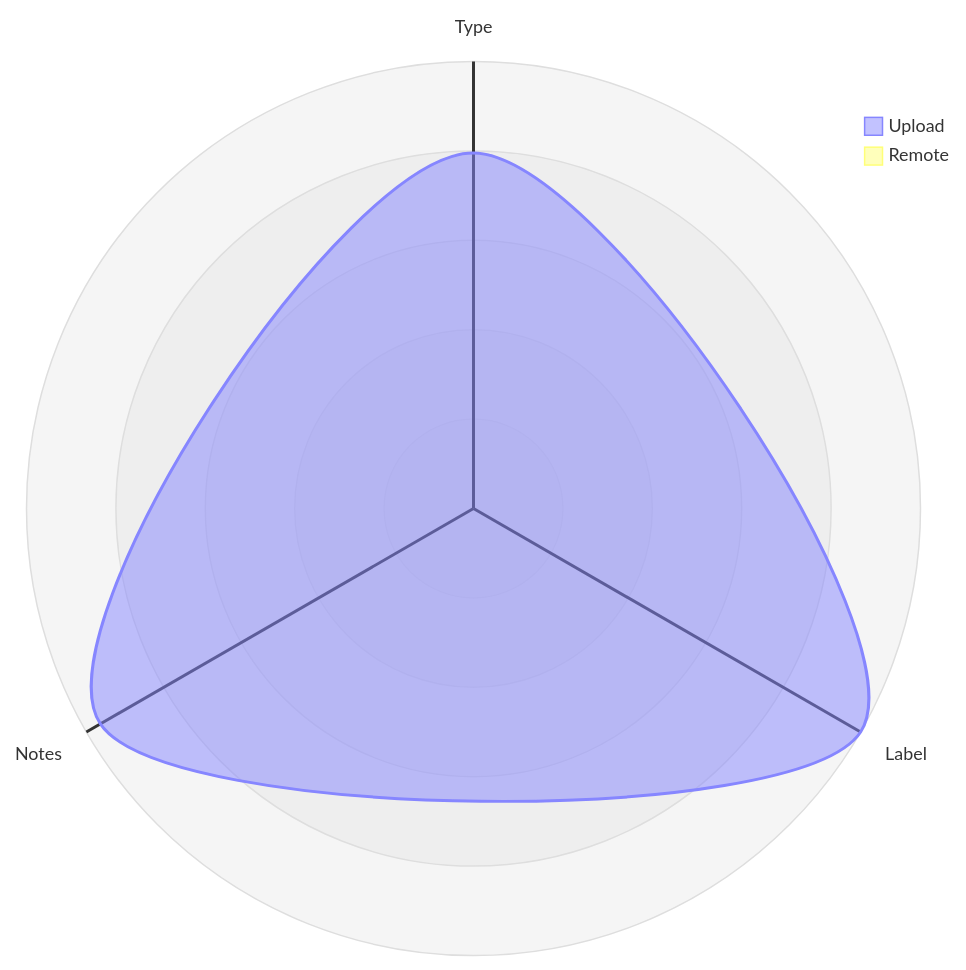
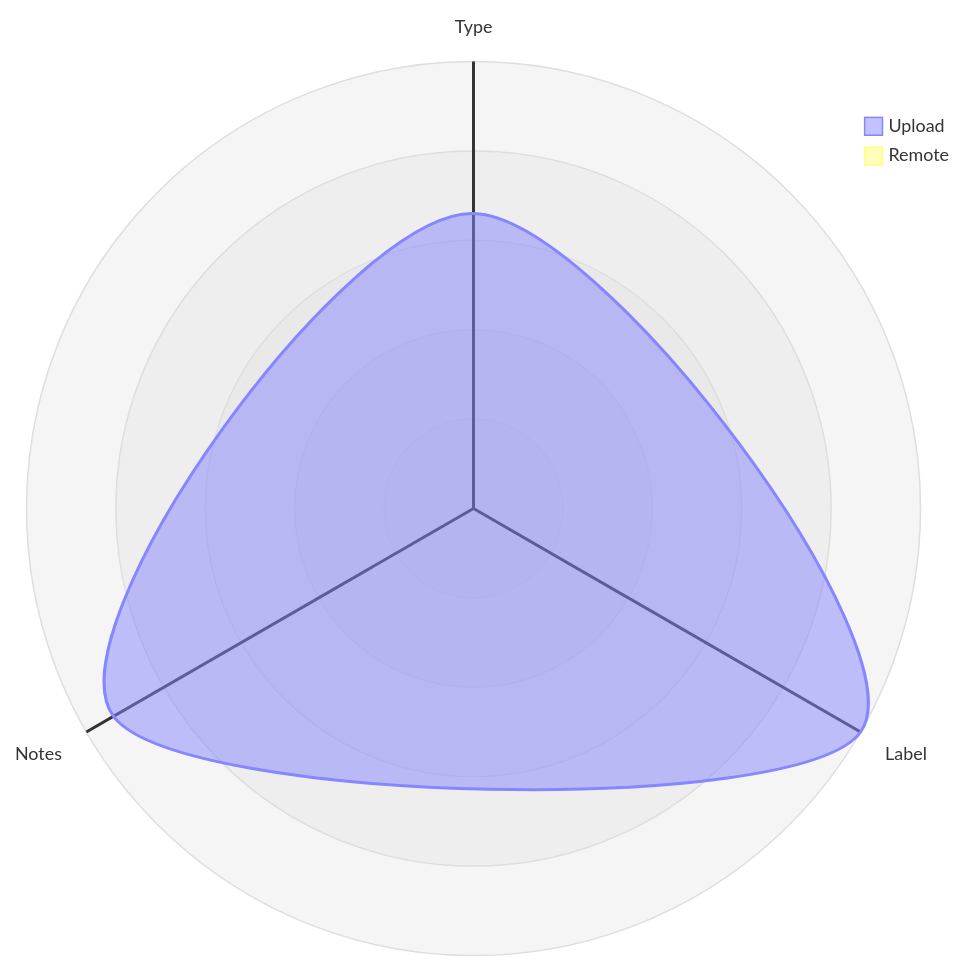
The third of 5 diagrams in datastore_tracker/README.md (open-data/analytics-corporate-reporting), drawn with Mermaid before and after one commit. The commit also changed other lines of this file and 15 other files, not shown here.

````diff
--- a/datastore_tracker/README.md
+++ b/datastore_tracker/README.md
@@ -105,12 +105,12 @@
 ```mermaid
 radar-beta
   axis T["Type"], L["Label"], N["Notes"]
-  curve u["Upload"]{0.00066, 0.00083, 0.0008}
+  curve u["Upload"]{0.00066, 0.001, 0.00093}
   curve r["Remote"]{0, 0, 0}
 
   showLegend true
 
   min 0
   graticule circle
   ticks 5
 ```
````
